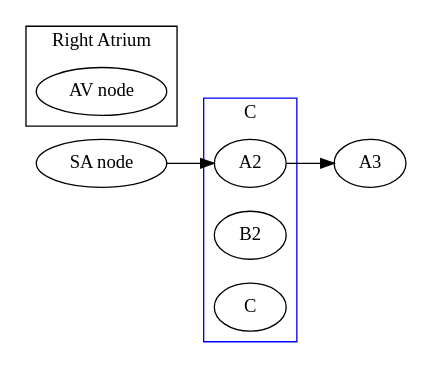
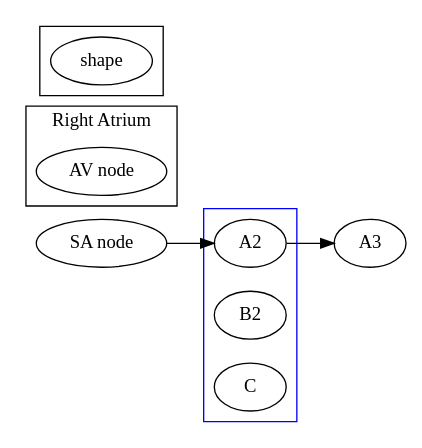
The second of 2 diagrams in NURS380_Practicum/Topics/EKG/EKG and Rhythms.md (meirisoda/school_spring2024), drawn with Graphviz before and after one commit.

Commit message:
vault backup: 2024-02-19 17:48:57

````diff
--- a/NURS380_Practicum/Topics/EKG/EKG and Rhythms.md
+++ b/NURS380_Practicum/Topics/EKG/EKG and Rhythms.md
@@ -209,30 +209,34 @@
 ```dot
 digraph g{
 	rankdir = LR;
 	node [shape = ellipse]
 	
 	A->A2->A3;
 
 	subgraph cluster0{
 		shape=rect;
 		rank=same;
 		A [label="SA node"];
 		B [label="AV node"];
 		label="Right Atrium";
 	}
 	
 	subgraph cluster1{
 		shape = rect;
 		rank=same;
 		A2;
 		B2;
 		C;
 		color=blue;
-		label="C";
+		label="";
+	}
+
+	subgraph cluster2 {
+		shape 
+	
 	}
 	
 	{ rank=same; A; }
-	{rank=same; }
 	{ rank=same; A3;}
 }
 ```
````
